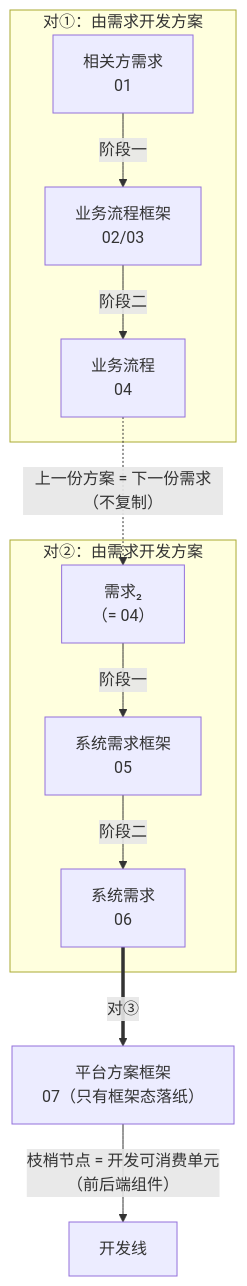
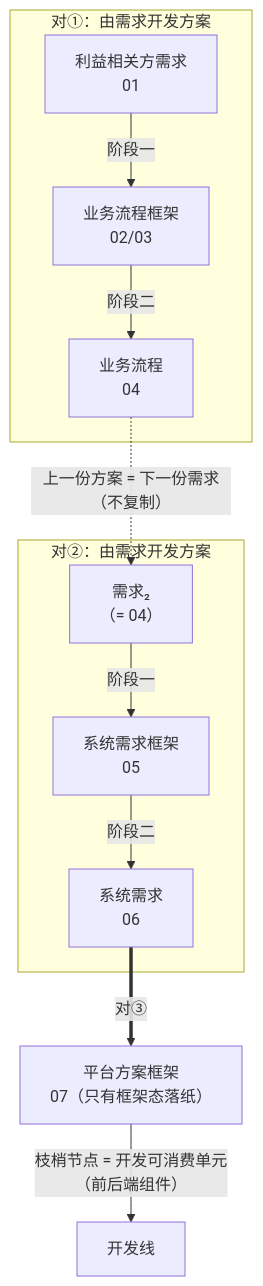
The fourth of 4 diagrams in 100-subprojects/01-系统工程研究/00-系统工程相关研究报告/20-设计与开发落地方法研究报告—需求与方案结对开发.md (Yongjunzhou/AOS-system-design), drawn with Mermaid before and after one commit. The commit also changed other lines of this file and 38 other files, not shown here.

````diff
--- a/100-subprojects/01-系统工程研究/00-系统工程相关研究报告/20-设计与开发落地方法研究报告—需求与方案结对开发.md
+++ b/100-subprojects/01-系统工程研究/00-系统工程相关研究报告/20-设计与开发落地方法研究报告—需求与方案结对开发.md
@@ -308,14 +329,14 @@
 ```mermaid
 flowchart TD
     subgraph P1["对①：由需求开发方案"]
-        A["相关方需求<br/>01"] -->|"阶段一"| B["业务流程框架<br/>02/03"]
+        A["利益相关方需求<br/>01"] -->|"阶段一"| B["业务流程框架<br/>02/03"]
         B -->|"阶段二"| C["业务流程<br/>04"]
     end
     subgraph P2["对②：由需求开发方案"]
         D["需求₂<br/>（= 04）"] -->|"阶段一"| E["系统需求框架<br/>05"]
         E -->|"阶段二"| F["系统需求<br/>06"]
     end
     C -.->|"上一份方案 = 下一份需求（不复制）"| D
     F ==>|"对③"| G["平台方案框架<br/>07（只有框架态落纸）"]
     G -->|"枝梢节点 = 开发可消费单元<br/>（前后端组件）"| H["开发线"]
 ```
````
